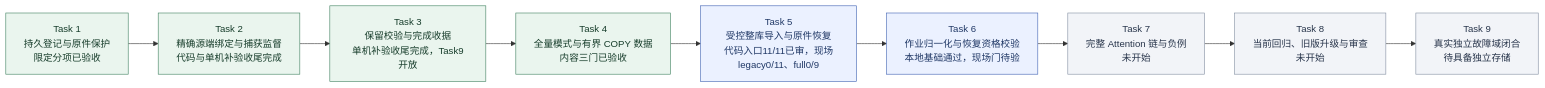
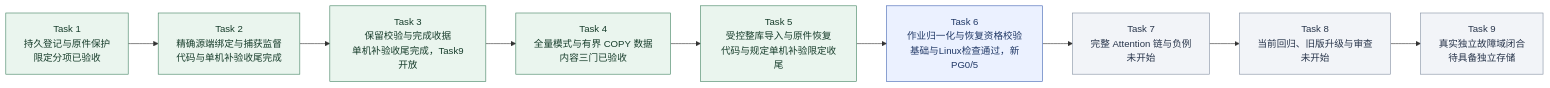
One commit to MansurnamedZhang/learning-system-p0c4 changed the second of 9 diagrams in docs/KnowWeave实施路线与系统架构.md. Above: the diagram before and after it, drawn with Mermaid. The commit also changed other lines of this file and 29 other files, not shown here.

````diff
--- a/docs/KnowWeave实施路线与系统架构.md
+++ b/docs/KnowWeave实施路线与系统架构.md
@@ -74,26 +78,26 @@
 ```mermaid
 flowchart LR
     C4T1["Task 1<br/>持久登记与原件保护<br/>限定分项已验收"]
     C4T2["Task 2<br/>精确源端绑定与捕获监督<br/>代码与单机补验收尾完成"]
     C4T3["Task 3<br/>保留校验与完成收据<br/>单机补验收尾完成，Task9开放"]
     C4T4["Task 4<br/>全量模式与有界 COPY 数据<br/>内容三门已验收"]
-    C4T5["Task 5<br/>受控整库导入与原件恢复<br/>代码入口11/11已审，现场legacy0/11、full0/9"]
-    C4T6["Task 6<br/>作业归一化与恢复资格校验<br/>本地基础通过，现场门待验"]
+    C4T5["Task 5<br/>受控整库导入与原件恢复<br/>代码与规定单机补验限定收尾"]
+    C4T6["Task 6<br/>作业归一化与恢复资格校验<br/>基础与Linux检查通过，新PG0/5"]
     C4T7["Task 7<br/>完整 Attention 链与负例<br/>未开始"]
     C4T8["Task 8<br/>当前回归、旧版升级与审查<br/>未开始"]
     C4T9["Task 9<br/>真实独立故障域闭合<br/>待具备独立存储"]
     C4T1 --> C4T2
     C4T2 --> C4T3
     C4T3 --> C4T4
     C4T4 --> C4T5
     C4T5 --> C4T6
     C4T6 --> C4T7
     C4T7 --> C4T8
     C4T8 --> C4T9
-    class C4T1,C4T2,C4T3,C4T4 done
-    class C4T5,C4T6 next
+    class C4T1,C4T2,C4T3,C4T4,C4T5 done
+    class C4T6 next
     class C4T7,C4T8,C4T9 planned
     classDef done fill:#eaf5ee,stroke:#438363,color:#173d2b
     classDef next fill:#ebf1ff,stroke:#4365b4,color:#203866
     classDef planned fill:#f2f4f8,stroke:#8591a3,color:#28354b
 ```
````
